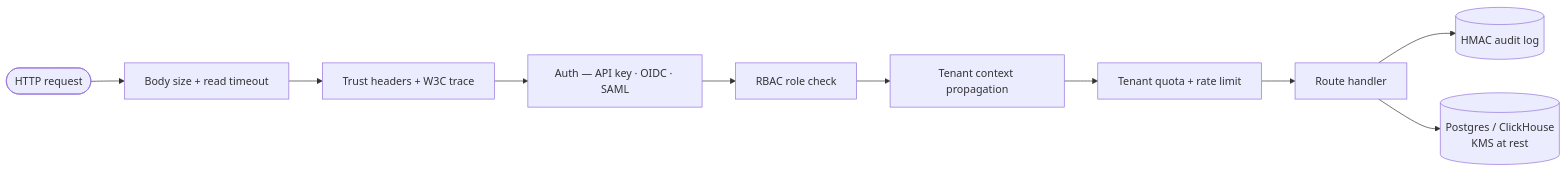
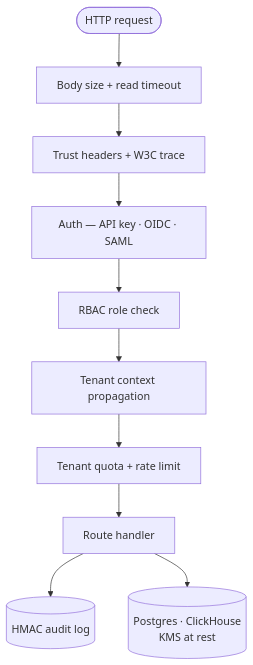
One commit to msaad00/agent-bom changed the third of 3 diagrams in README.md. Above: the diagram before and after it, drawn with Mermaid. The commit also changed other lines of this file and 2 other files, not shown here.

````diff
--- a/README.md
+++ b/README.md
@@ -180,12 +184,17 @@
 ```mermaid
-flowchart LR
-    REQ([HTTP request]) --> BODY[Body size + read timeout]
-    BODY --> TRACE[Trust headers + W3C trace]
-    TRACE --> AUTH["Auth — API key · OIDC · SAML"]
-    AUTH --> RBAC[RBAC role check]
-    RBAC --> TENANT[Tenant context propagation]
-    TENANT --> QUOTA[Tenant quota + rate limit]
-    QUOTA --> ROUTE[Route handler]
-    ROUTE --> AUDIT[(HMAC audit log)]
-    ROUTE --> STORE[(Postgres / ClickHouse<br/>KMS at rest)]
+flowchart TB
+    REQ([HTTP request])
+    BODY[Body size + read timeout]
+    TRACE[Trust headers + W3C trace]
+    AUTH["Auth — API key · OIDC · SAML"]
+    RBAC[RBAC role check]
+    TENANT[Tenant context propagation]
+    QUOTA[Tenant quota + rate limit]
+    ROUTE[Route handler]
+    AUDIT[(HMAC audit log)]
+    STORE[(Postgres · ClickHouse<br/>KMS at rest)]
+
+    REQ --> BODY --> TRACE --> AUTH --> RBAC --> TENANT --> QUOTA --> ROUTE
+    ROUTE --> AUDIT
+    ROUTE --> STORE
 ```
````
